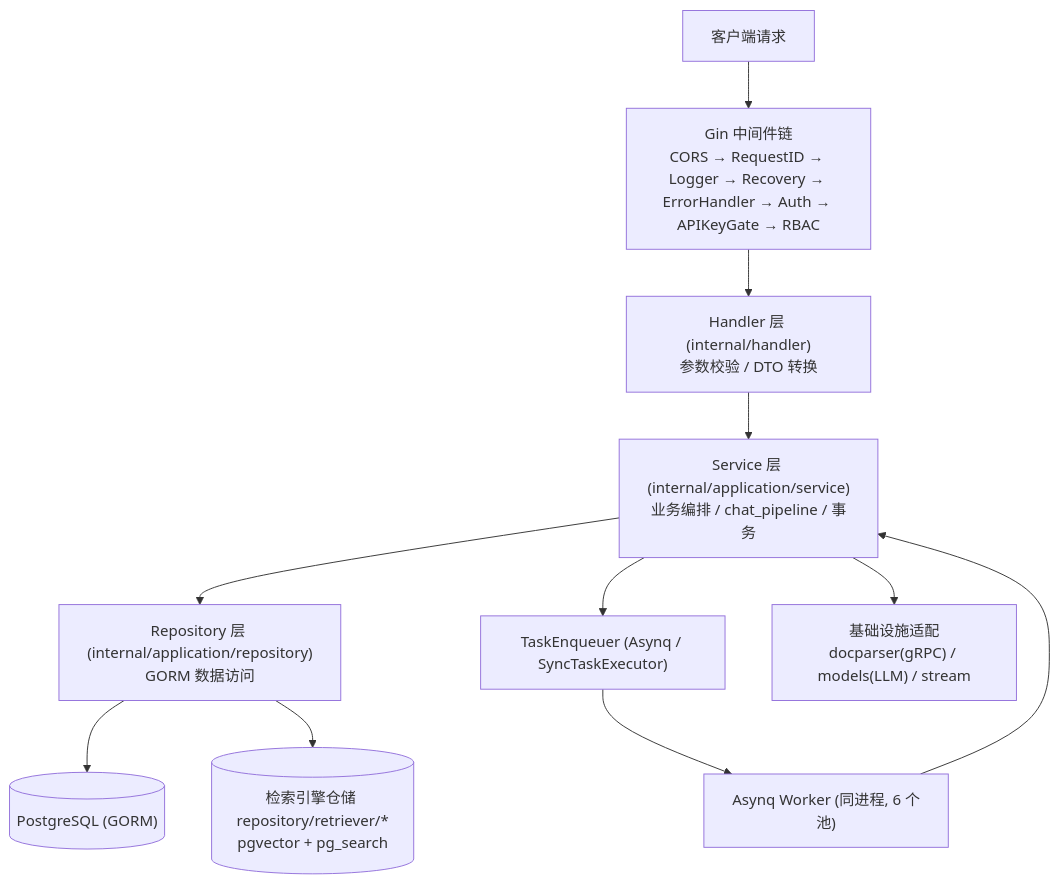
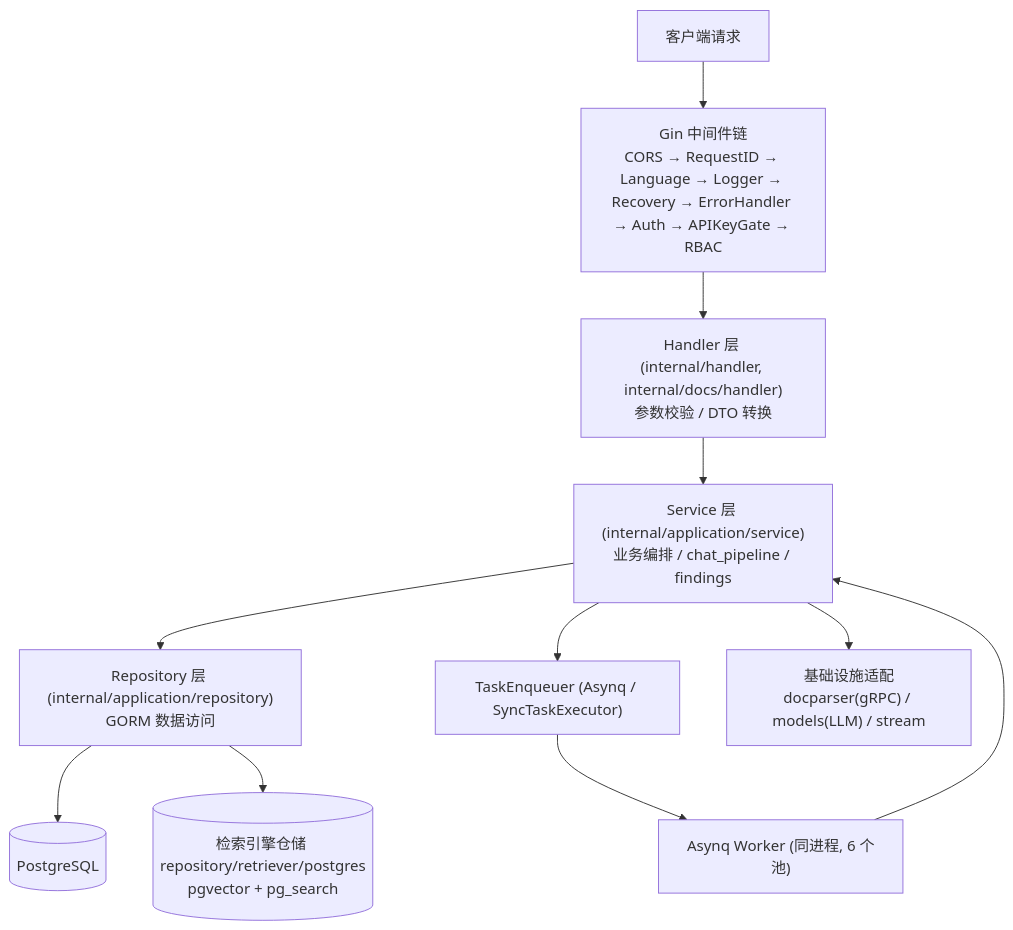
The first of 3 diagrams in website-docs/02-architecture/02-backend-design.md (magicyuan876/Yuheng), drawn with Mermaid before and after one commit. The commit also changed other lines of this file and 11 other files, not shown here.

First line of the commit message:
docs(site): getting started and architecture checked against the code

````diff
--- a/website-docs/02-architecture/02-backend-design.md
+++ b/website-docs/02-architecture/02-backend-design.md
@@ -18,13 +20,13 @@
 ```mermaid
 graph TD
-    C["客户端请求"] --> MW["Gin 中间件链<br/>CORS → RequestID → Logger → Recovery → ErrorHandler → Auth → APIKeyGate → RBAC"]
-    MW --> H["Handler 层 (internal/handler)<br/>参数校验 / DTO 转换"]
-    H --> S["Service 层 (internal/application/service)<br/>业务编排 / chat_pipeline / 事务"]
+    C["客户端请求"] --> MW["Gin 中间件链<br/>CORS → RequestID → Language → Logger → Recovery → ErrorHandler → Auth → APIKeyGate → RBAC"]
+    MW --> H["Handler 层 (internal/handler, internal/docs/handler)<br/>参数校验 / DTO 转换"]
+    H --> S["Service 层 (internal/application/service)<br/>业务编排 / chat_pipeline / findings"]
     S --> R["Repository 层 (internal/application/repository)<br/>GORM 数据访问"]
     S --> Q["TaskEnqueuer (Asynq / SyncTaskExecutor)"]
-    R --> DB[("PostgreSQL (GORM)")]
-    R --> VS[("检索引擎仓储 repository/retriever/*<br/>pgvector + pg_search")]
+    R --> DB[("PostgreSQL")]
+    R --> VS[("检索引擎仓储 repository/retriever/postgres<br/>pgvector + pg_search")]
     S --> INF["基础设施适配<br/>docparser(gRPC) / models(LLM) / stream"]
     Q --> W["Asynq Worker (同进程, 6 个池)"]
     W --> S
 ```
````
